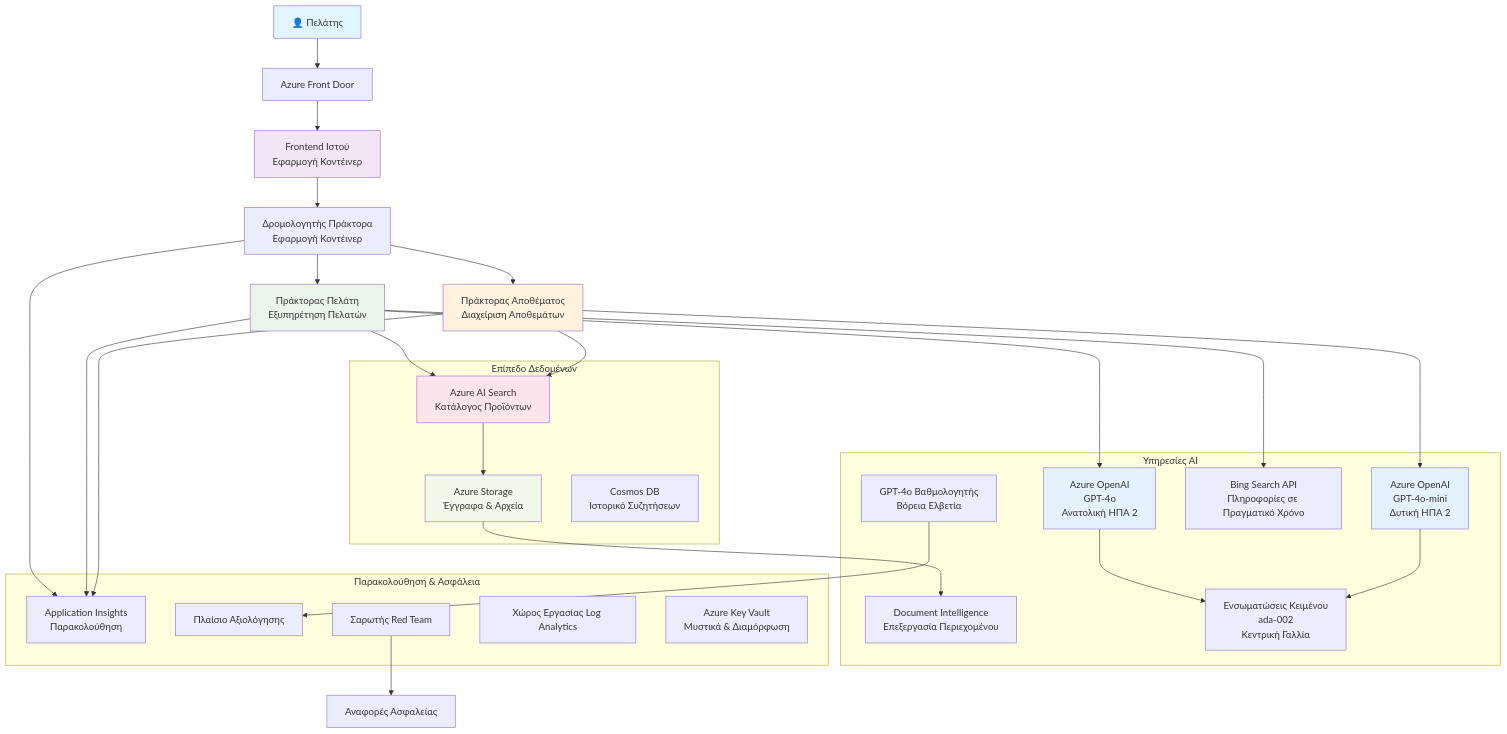
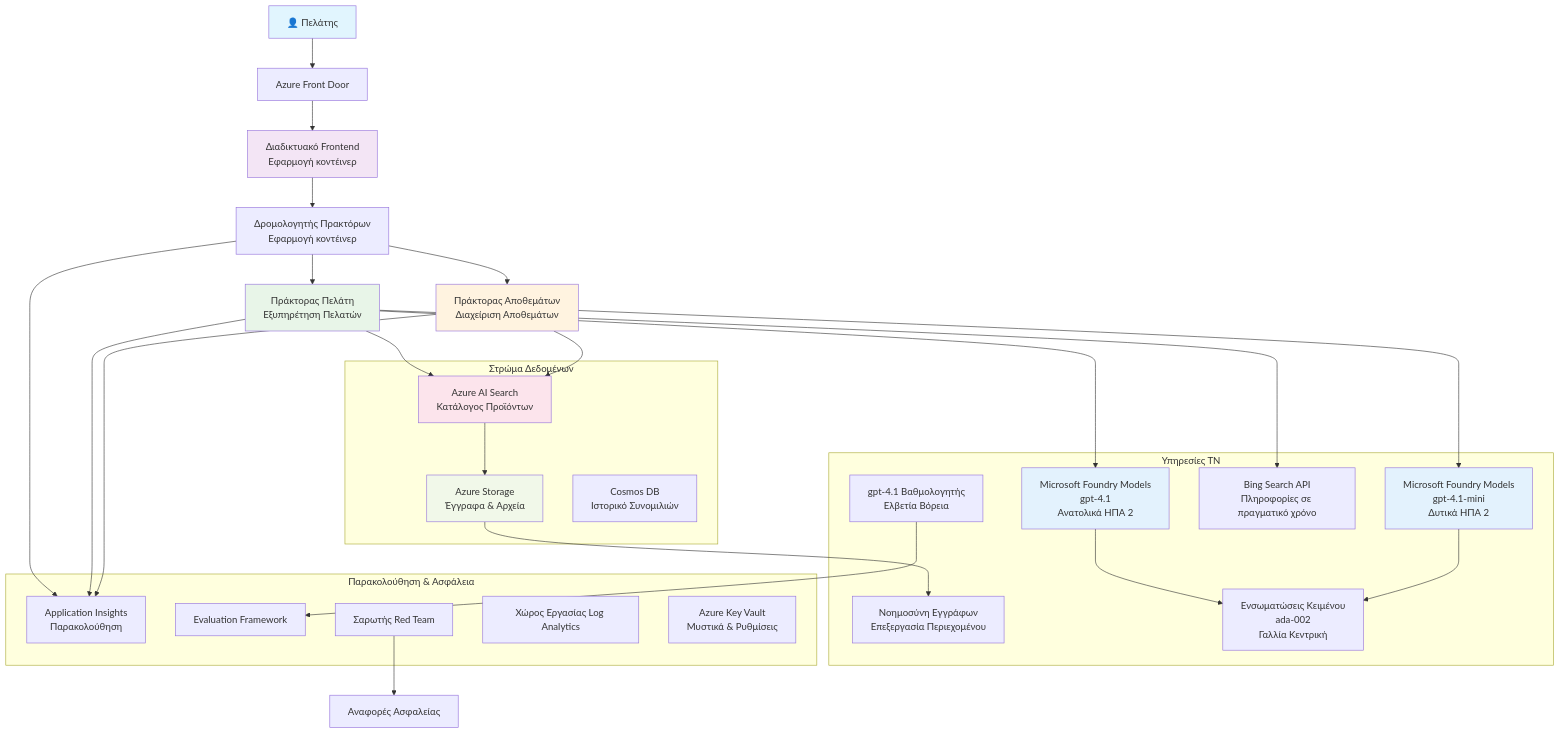
The diagram in translations/el/examples/retail-scenario.md (microsoft/AZD-for-beginners), drawn with Mermaid before and after one commit. The commit also changed other lines of this file and 101 other files, not shown here.

````diff
--- a/translations/el/examples/retail-scenario.md
+++ b/translations/el/examples/retail-scenario.md
@@ -139,61 +139,61 @@
 ```mermaid
 graph TB
     User[👤 Πελάτης] --> LB[Azure Front Door]
-    LB --> WebApp[Frontend Ιστού<br/>Εφαρμογή Κοντέινερ]
+    LB --> WebApp[Διαδικτυακό Frontend<br/>Εφαρμογή κοντέινερ]
     
-    WebApp --> Router[Δρομολογητής Πράκτορα<br/>Εφαρμογή Κοντέινερ]
+    WebApp --> Router[Δρομολογητής Πρακτόρων<br/>Εφαρμογή κοντέινερ]
     Router --> CustomerAgent[Πράκτορας Πελάτη<br/>Εξυπηρέτηση Πελατών]
-    Router --> InvAgent[Πράκτορας Αποθέματος<br/>Διαχείριση Αποθεμάτων]
+    Router --> InvAgent[Πράκτορας Αποθεμάτων<br/>Διαχείριση Αποθεμάτων]
     
-    CustomerAgent --> OpenAI1[Azure OpenAI<br/>GPT-4o<br/>Ανατολική ΗΠΑ 2]
-    InvAgent --> OpenAI2[Azure OpenAI<br/>GPT-4o-mini<br/>Δυτική ΗΠΑ 2]
+    CustomerAgent --> OpenAI1[Microsoft Foundry Models<br/>gpt-4.1<br/>Ανατολικά ΗΠΑ 2]
+    InvAgent --> OpenAI2[Microsoft Foundry Models<br/>gpt-4.1-mini<br/>Δυτικά ΗΠΑ 2]
     
     CustomerAgent --> AISearch[Azure AI Search<br/>Κατάλογος Προϊόντων]
-    CustomerAgent --> BingSearch[Bing Search API<br/>Πληροφορίες σε Πραγματικό Χρόνο]
+    CustomerAgent --> BingSearch[Bing Search API<br/>Πληροφορίες σε πραγματικό χρόνο]
     InvAgent --> AISearch
     
     AISearch --> Storage[Azure Storage<br/>Έγγραφα & Αρχεία]
-    Storage --> DocIntel[Document Intelligence<br/>Επεξεργασία Περιεχομένου]
+    Storage --> DocIntel[Νοημοσύνη Εγγράφων<br/>Επεξεργασία Περιεχομένου]
     
-    OpenAI1 --> Embeddings[Ενσωματώσεις Κειμένου<br/>ada-002<br/>Κεντρική Γαλλία]
+    OpenAI1 --> Embeddings[Ενσωματώσεις Κειμένου<br/>ada-002<br/>Γαλλία Κεντρική]
     OpenAI2 --> Embeddings
     
     Router --> AppInsights[Application Insights<br/>Παρακολούθηση]
     CustomerAgent --> AppInsights
     InvAgent --> AppInsights
     
-    GraderModel[GPT-4o Βαθμολογητής<br/>Βόρεια Ελβετία] --> Evaluation[Πλαίσιο Αξιολόγησης]
+    GraderModel[gpt-4.1 Βαθμολογητής<br/>Ελβετία Βόρεια] --> Evaluation[Evaluation Framework]
     RedTeam[Σαρωτής Red Team] --> SecurityReports[Αναφορές Ασφαλείας]
     
-    subgraph "Επίπεδο Δεδομένων"
+    subgraph "Στρώμα Δεδομένων"
         Storage
         AISearch
-        CosmosDB[Cosmos DB<br/>Ιστορικό Συζητήσεων]
+        CosmosDB[Cosmos DB<br/>Ιστορικό Συνομιλιών]
     end
     
-    subgraph "Υπηρεσίες AI"
+    subgraph "Υπηρεσίες ΤΝ"
         OpenAI1
         OpenAI2
         Embeddings
         GraderModel
         DocIntel
         BingSearch
     end
     
     subgraph "Παρακολούθηση & Ασφάλεια"
         AppInsights
         LogAnalytics[Χώρος Εργασίας Log Analytics]
-        KeyVault[Azure Key Vault<br/>Μυστικά & Διαμόρφωση]
+        KeyVault[Azure Key Vault<br/>Μυστικά & Ρυθμίσεις]
         RedTeam
         Evaluation
     end
     
     style User fill:#e1f5fe
     style WebApp fill:#f3e5f5
     style CustomerAgent fill:#e8f5e8
     style InvAgent fill:#fff3e0
     style OpenAI1 fill:#e3f2fd
     style OpenAI2 fill:#e3f2fd
     style AISearch fill:#fce4ec
     style Storage fill:#f1f8e9
 ```
````
